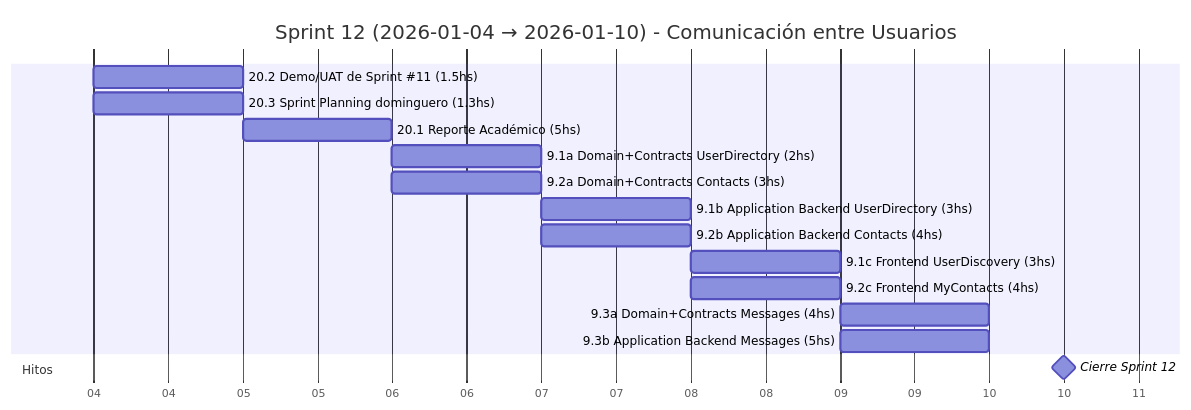
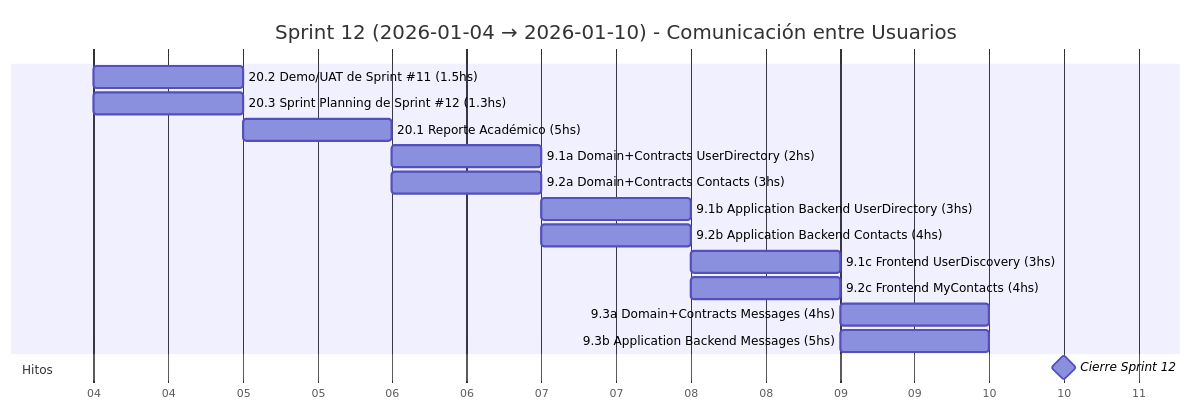
One commit to MarkMed/FleetMan changed diagram 13 of 19 in docs/SprintsGantts.md. Above: the diagram before and after it, drawn with Mermaid. The commit also changed other lines of this file and 2 other files, not shown here.

Commit message:
feat: Update Sprint Planning references to include specific sprint numbers

````diff
--- a/docs/SprintsGantts.md
+++ b/docs/SprintsGantts.md
@@ -384,23 +384,23 @@
 ```mermaid
 gantt
   title Sprint 12 (2026-01-04 → 2026-01-10) - Comunicación entre Usuarios
   dateFormat  YYYY-MM-DD
   axisFormat  %d
 
   %% Asumimos 5 h/día. Horas estimadas incluidas en el nombre.
 
   20.2 Demo/UAT de Sprint #11 (1.5hs)          :t202, 2026-01-04, 1d
-  20.3 Sprint Planning dominguero (1.3hs)      :t203, 2026-01-04, 1d
+  20.3 Sprint Planning de Sprint #12 (1.3hs)      :t203, 2026-01-04, 1d
   20.1 Reporte Académico (5hs)                 :t201, 2026-01-05, 1d
   9.1a Domain+Contracts UserDirectory (2hs)    :t91a, 2026-01-06, 1d
   9.2a Domain+Contracts Contacts (3hs)         :t92a, 2026-01-06, 1d
   9.1b Application Backend UserDirectory (3hs) :t91b, 2026-01-07, 1d
   9.2b Application Backend Contacts (4hs)      :t92b, 2026-01-07, 1d
   9.1c Frontend UserDiscovery (3hs)            :t91c, 2026-01-08, 1d
   9.2c Frontend MyContacts (4hs)               :t92c, 2026-01-08, 1d
   9.3a Domain+Contracts Messages (4hs)         :t93a, 2026-01-09, 1d
   9.3b Application Backend Messages (5hs)      :t93b, 2026-01-09, 1d
 
   section Hitos
   Cierre Sprint 12                             :milestone, s12, 2026-01-10, 1d
 ```
````
